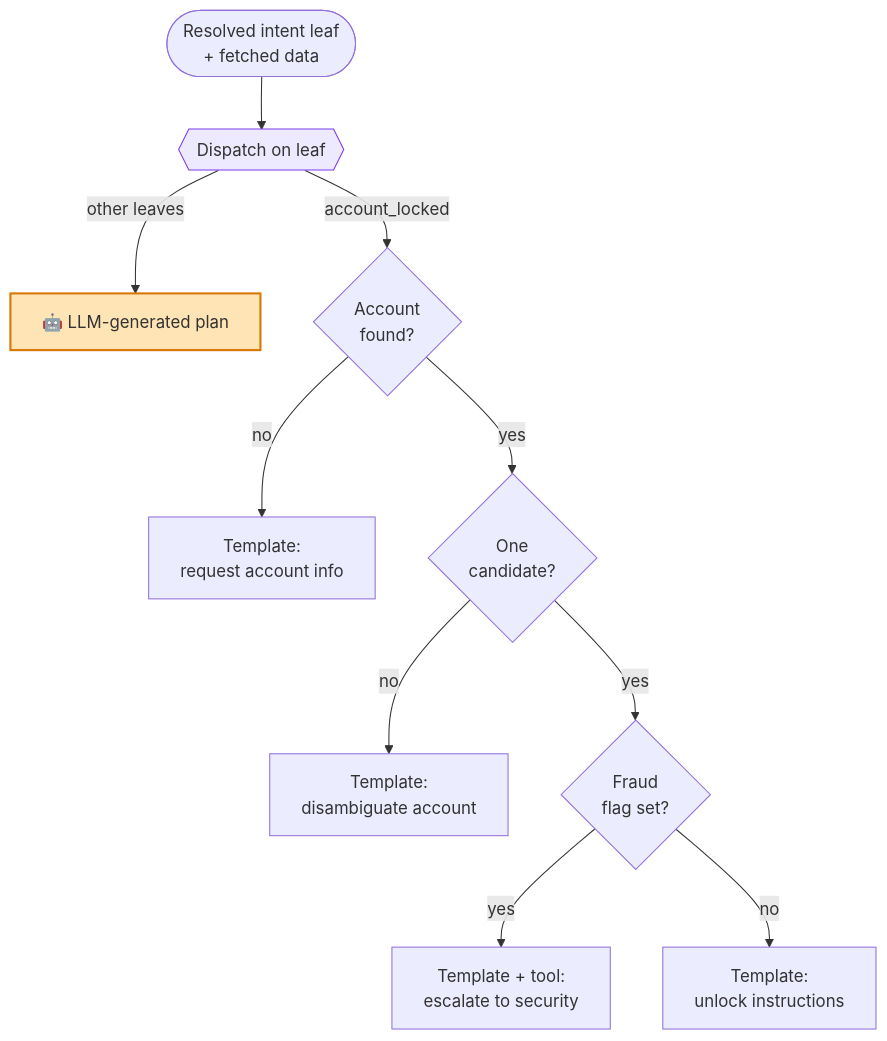
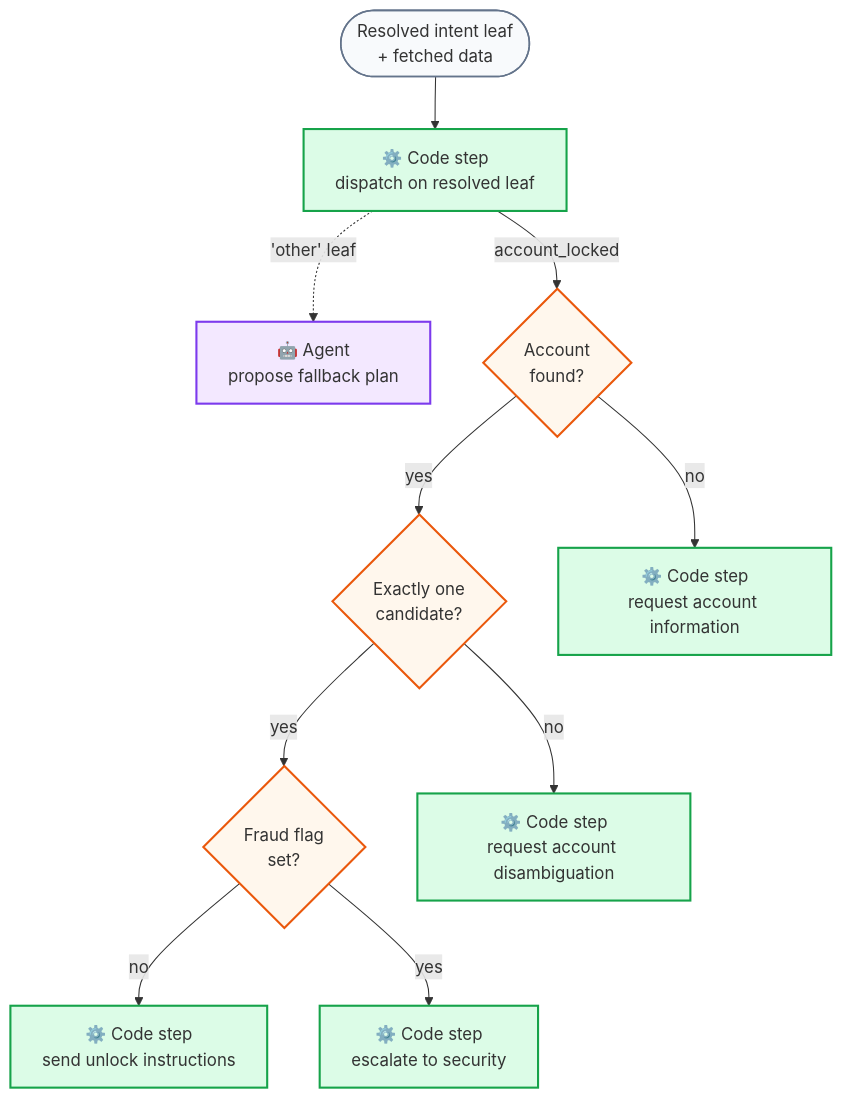
Before and after one commit to FridljDa/FridljDa.github.io: the fifth of 5 diagrams in src/content/blog/first-level-support-automation.mdx, drawn with Mermaid. The commit also changed other lines of this file and 4 other files, not shown here.

````diff
--- a/src/content/blog/first-level-support-automation.mdx
+++ b/src/content/blog/first-level-support-automation.mdx
@@ -199,16 +235,32 @@
 ```mermaid
 flowchart TD
     ROOT(["Resolved intent leaf<br/>+ fetched data"])
-    ROOT --> DISP{{Dispatch on leaf}}
-    DISP -- "other leaves" --> L5[🤖 LLM-generated plan]
-    DISP -- "account_locked" --> B1{Account<br/>found?}
-    B1 -- no --> L2[Template:<br/>request account info]
-    B1 -- yes --> B2{One<br/>candidate?}
-    B2 -- no --> L6[Template:<br/>disambiguate account]
-    B2 -- yes --> B3{Fraud<br/>flag set?}
-    B3 -- yes --> L7[Template + tool:<br/>escalate to security]
-    B3 -- no --> L1[Template:<br/>unlock instructions]
+    C1["⚙️ Code step<br/>dispatch on resolved leaf"]
+    A1["🤖 Agent<br/>propose fallback plan"]
+    D1{"Account<br/>found?"}
+    D2{"Exactly one<br/>candidate?"}
+    D3{"Fraud flag<br/>set?"}
+    C2["⚙️ Code step<br/>request account information"]
+    C3["⚙️ Code step<br/>request account disambiguation"]
+    C4["⚙️ Code step<br/>send unlock instructions"]
+    C5["⚙️ Code step<br/>escalate to security"]
 
-    style DISP fill:#ede9fe,stroke:#7c3aed
-    style L5 fill:#ffe4b5,stroke:#d97706,stroke-width:2px
+    ROOT --> C1
+    C1 -.->|"'other' leaf"| A1
+    C1 -->|"account_locked"| D1
+    D1 -->|"no"| C2
+    D1 -->|"yes"| D2
+    D2 -->|"no"| C3
+    D2 -->|"yes"| D3
+    D3 -->|"no"| C4
+    D3 -->|"yes"| C5
+
+    classDef agent fill:#f3e8ff,stroke:#7c3aed,stroke-width:2px
+    classDef code fill:#dcfce7,stroke:#16a34a,stroke-width:2px
+    classDef decision fill:#fff7ed,stroke:#ea580c,stroke-width:2px
+    classDef terminal fill:#f8fafc,stroke:#64748b,stroke-width:1.5px
+    class A1 agent
+    class C1,C2,C3,C4,C5 code
+    class D1,D2,D3 decision
+    class ROOT terminal
 ```
````
